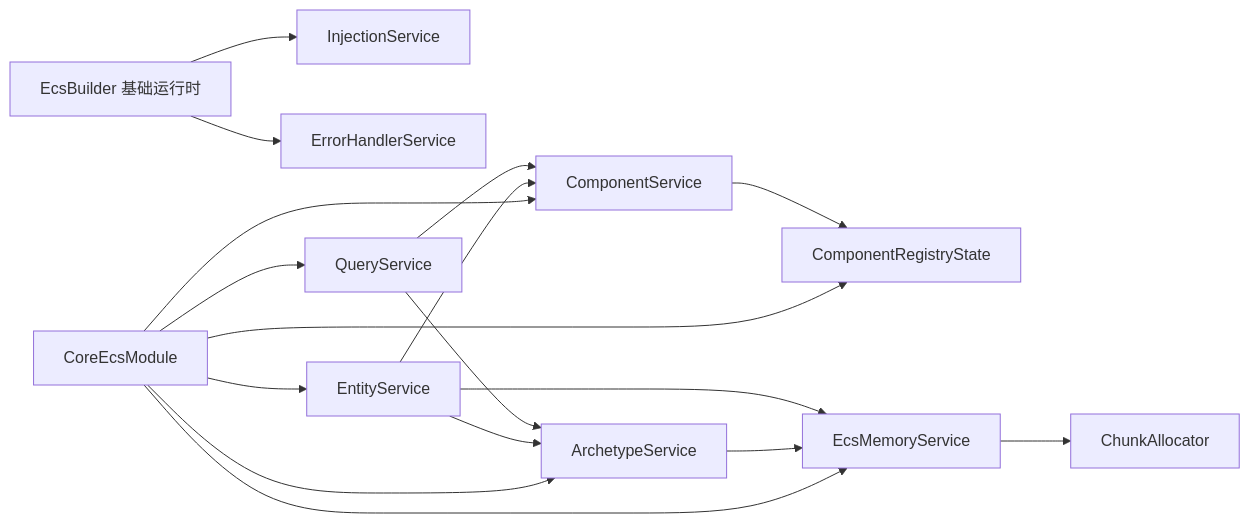
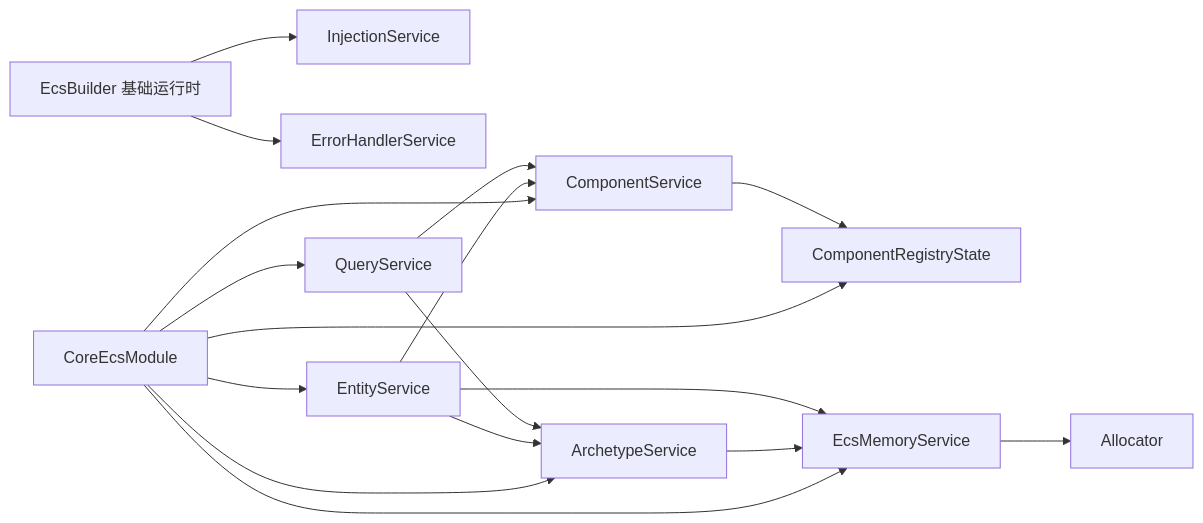
The third of 12 diagrams in docs/architecture.md (465089258/zero-ecs), drawn with Mermaid before and after one commit. The commit also changed other lines of this file and 122 other files, not shown here.

First line of the commit message:
feat: refactor memory allocation system to use Buffer instead of ChunkAllocator

````diff
--- a/docs/architecture.md
+++ b/docs/architecture.md
@@ -69,20 +73,20 @@
 ```mermaid
 flowchart LR
     Runtime["EcsBuilder 基础运行时"] --> Injection["InjectionService"]
     Runtime --> Errors["ErrorHandlerService"]
     Core["CoreEcsModule"] --> RegistryState["ComponentRegistryState"]
     Core --> Memory["EcsMemoryService"]
     Core --> Components["ComponentService"]
     Core --> ArchetypeService["ArchetypeService"]
     Core --> EntityService["EntityService"]
     Core --> Queries["QueryService"]
 
     Components --> RegistryState
-    Memory --> Allocator["ChunkAllocator"]
+    Memory --> Allocator["Allocator"]
     ArchetypeService --> Memory
     EntityService --> Memory
     EntityService --> ArchetypeService
     EntityService --> Components
     Queries --> Components
     Queries --> ArchetypeService
 ```
````
